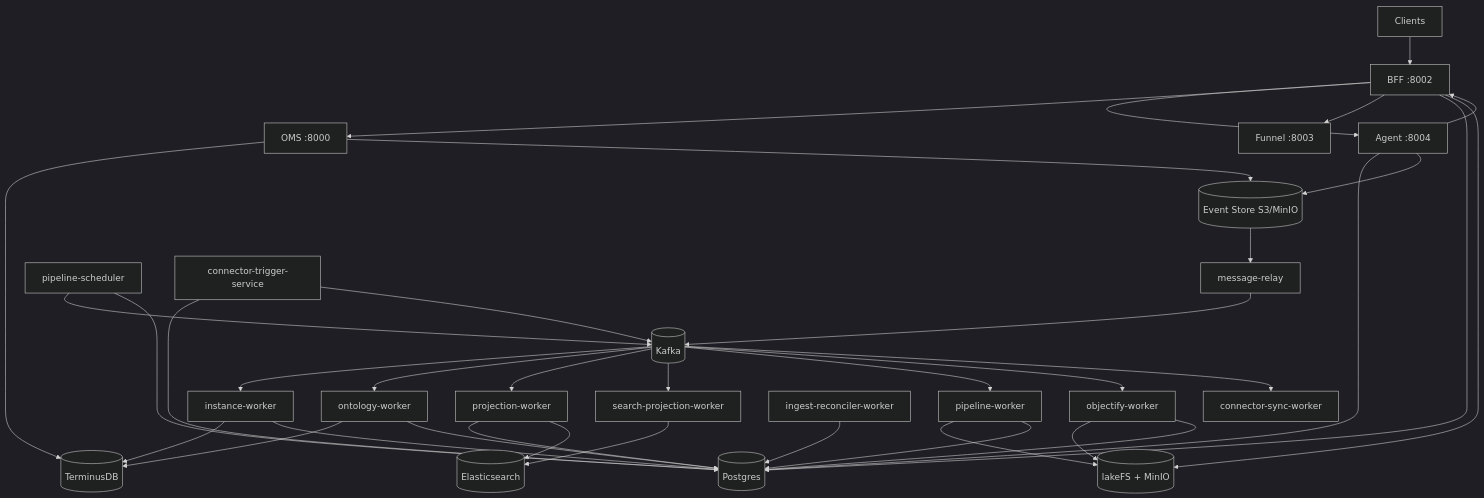
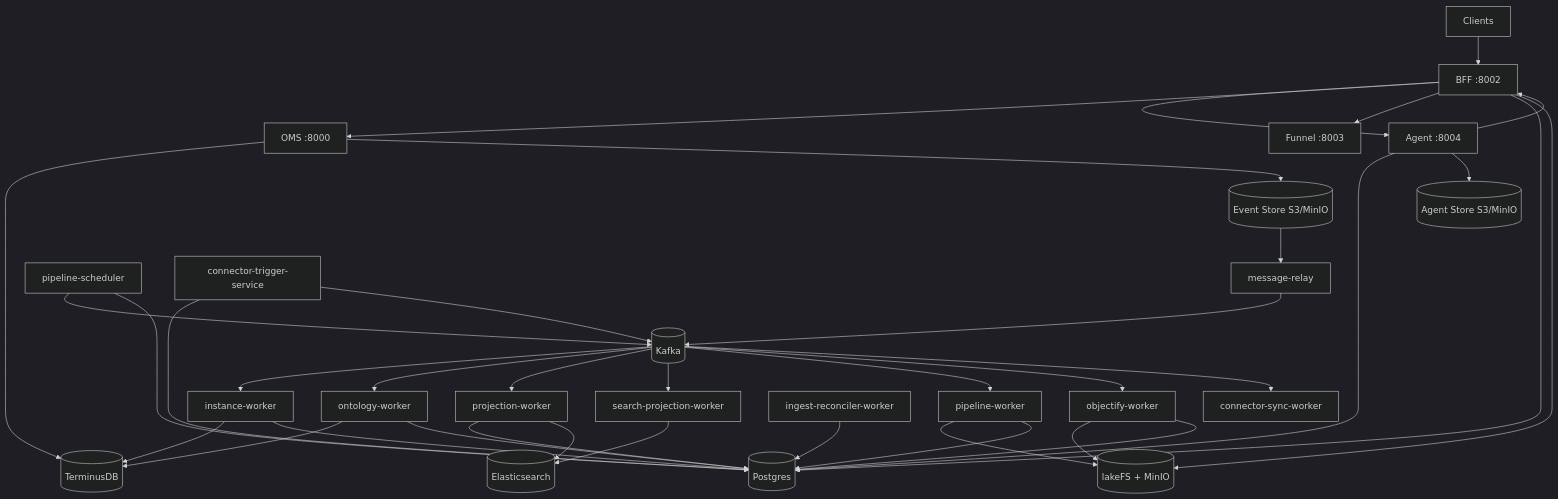
The first of 4 diagrams in docs/architecture/README.md (ludia8888/SPICE-Harvester), drawn with Mermaid (dark theme) before and after one commit. The commit also changed other lines of this file and 11 other files, not shown here.

````diff
--- a/docs/architecture/README.md
+++ b/docs/architecture/README.md
@@ -9,46 +9,46 @@
 ```mermaid
 graph TD
   UI[Clients] --> BFF[BFF :8002]
   BFF --> AGENT[Agent :8004]
   BFF --> OMS[OMS :8000]
   BFF --> FUNNEL[Funnel :8003]
   BFF --> PG[(Postgres)]
   BFF --> LFS[(lakeFS + MinIO)]
 
   AGENT --> BFF
   AGENT --> PG
-  AGENT --> S3[(Event Store S3/MinIO)]
+  AGENT --> S3A[(Agent Store S3/MinIO)]
 
   OMS --> TDB[(TerminusDB)]
   OMS --> S3[(Event Store S3/MinIO)]
 
   S3 --> RELAY[message-relay]
   RELAY --> KAFKA[(Kafka)]
 
   KAFKA --> IW[instance-worker]
   KAFKA --> OW[ontology-worker]
   KAFKA --> PW[projection-worker]
   KAFKA --> SPW[search-projection-worker]
   KAFKA --> PLW[pipeline-worker]
   KAFKA --> OBJ[objectify-worker]
   KAFKA --> CSW[connector-sync-worker]
   PLS[pipeline-scheduler] --> KAFKA
 
   IW --> TDB
   OW --> TDB
   IW --> PG
   OW --> PG
   PW --> PG
   PW --> ES[(Elasticsearch)]
   SPW --> ES
 
   PLW --> LFS
   PLW --> PG
   OBJ --> LFS
   OBJ --> PG
   PLS --> PG
   ING[ingest-reconciler-worker] --> PG
 
   CTS[connector-trigger-service] --> PG
   CTS --> KAFKA
 ```
````
